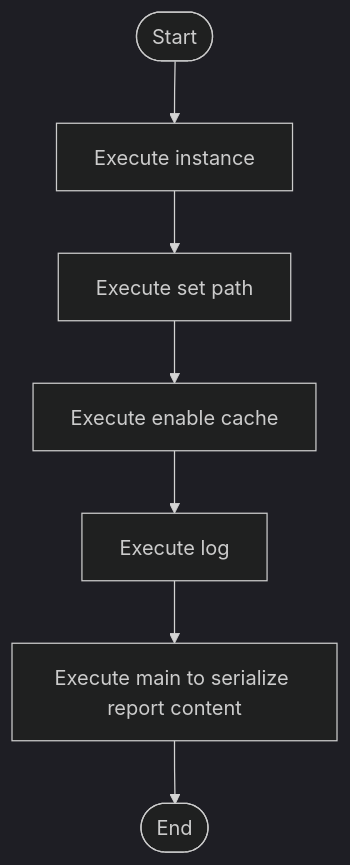
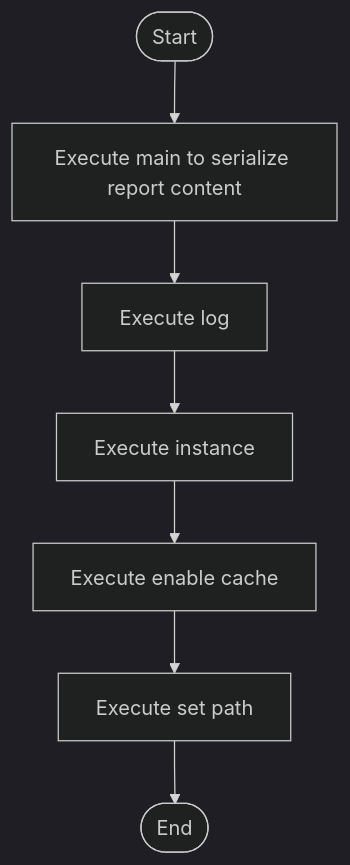
Before and after one commit to JohnAndrewBalbarosa/NeoTerritory: the diagram in docs/Codebase/Input/singleton_to_factory_source.cpp.md, drawn with Mermaid (dark theme). The commit also changed 148 other files, not shown here.

````diff
--- a/docs/Codebase/Input/singleton_to_factory_source.cpp.md
+++ b/docs/Codebase/Input/singleton_to_factory_source.cpp.md
@@ -25,16 +25,16 @@
 ```mermaid
 flowchart TD
     Start([Start])
-    N0[Execute instance]
-    N1[Execute set path]
-    N2[Execute enable cache]
-    N3[Execute log]
-    N4[Execute main to serialize report content]
+    N0[Execute main to serialize report content]
+    N1[Execute log]
+    N2[Execute instance]
+    N3[Execute enable cache]
+    N4[Execute set path]
     End([End])
     Start --> N0
     N0 --> N1
     N1 --> N2
     N2 --> N3
     N3 --> N4
     N4 --> End
 ```
````
